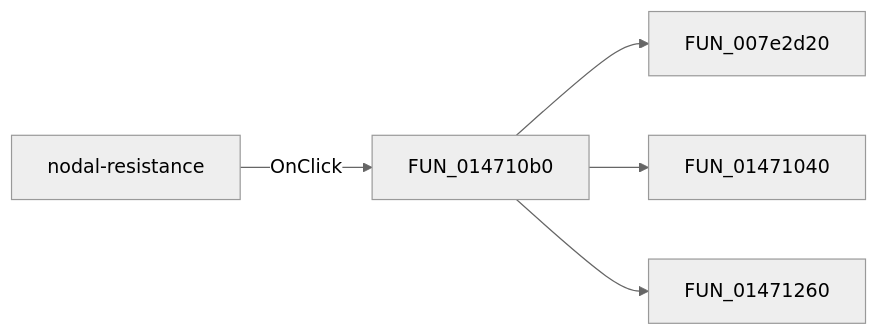
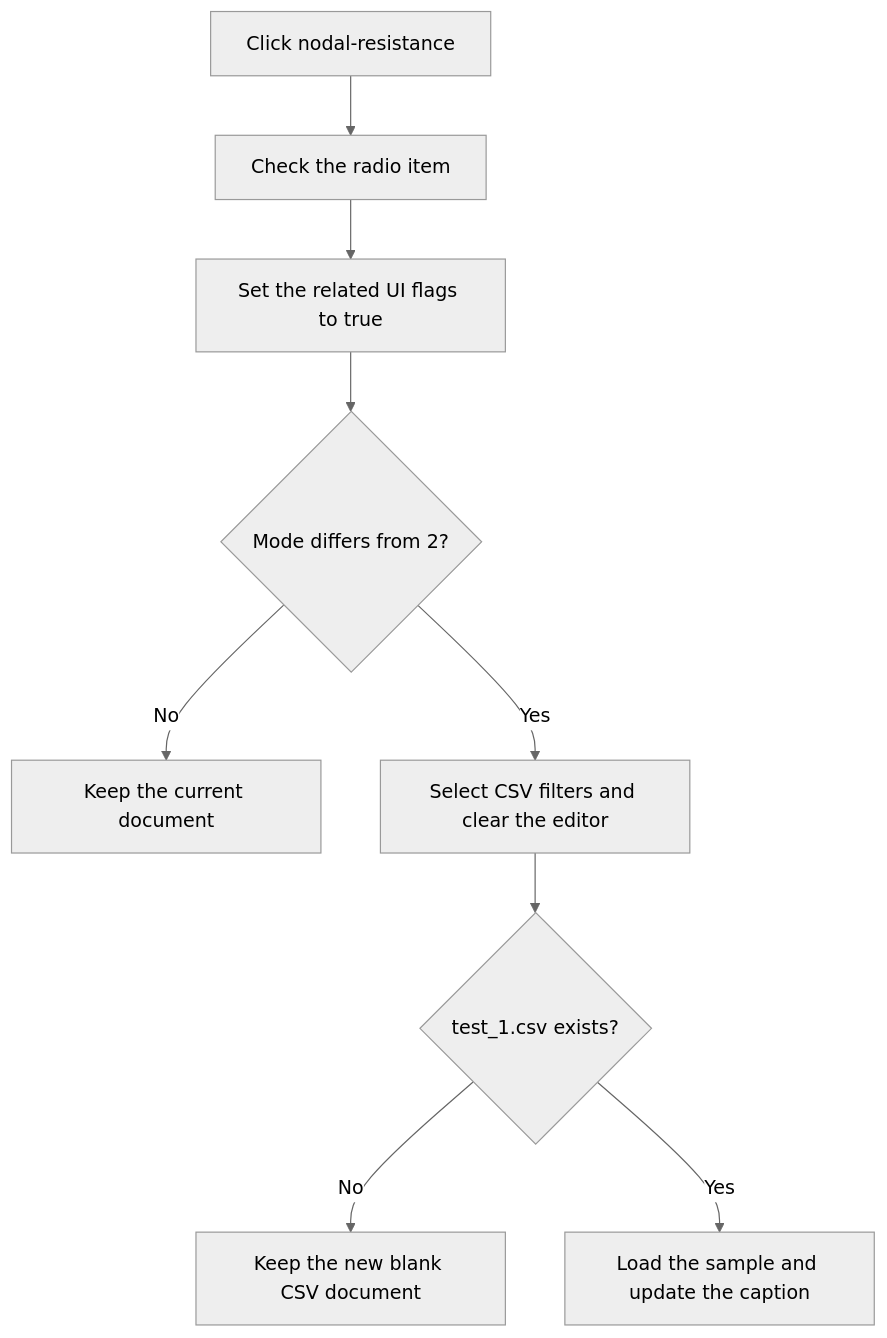
The diagram in docs/ui-controls/pymainform/mnnodalresistance-287122bed5.md (MovGP0/TIARA), drawn with Mermaid (neutral theme) before and after one commit. The commit also changed other lines of this file and 1062 other files, not shown here.

````diff
--- a/docs/ui-controls/pymainform/mnnodalresistance-287122bed5.md
+++ b/docs/ui-controls/pymainform/mnnodalresistance-287122bed5.md
@@ -27,7 +29,11 @@
 ```mermaid
-flowchart LR
-    control["nodal-resistance"] -->|OnClick| handler["FUN_014710b0"]
-    handler --> call1["FUN_007e2d20"]
-    handler --> call2["FUN_01471040"]
-    handler --> call3["FUN_01471260"]
+flowchart TD
+    control["Click nodal-resistance"] --> check["Check the radio item"]
+    check --> flags["Set the related UI flags to true"]
+    flags --> changed{"Mode differs from 2?"}
+    changed -->|No| noAction["Keep the current document"]
+    changed -->|Yes| configure["Select CSV filters and clear the editor"]
+    configure --> exists{"test_1.csv exists?"}
+    exists -->|No| blank["Keep the new blank CSV document"]
+    exists -->|Yes| sample["Load the sample and update the caption"]
 ```
````
